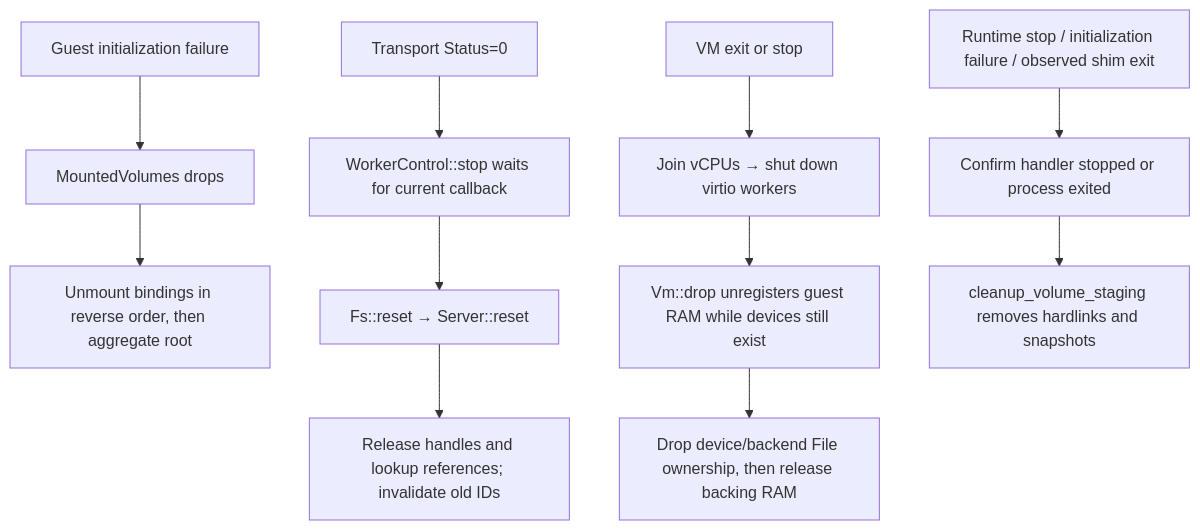
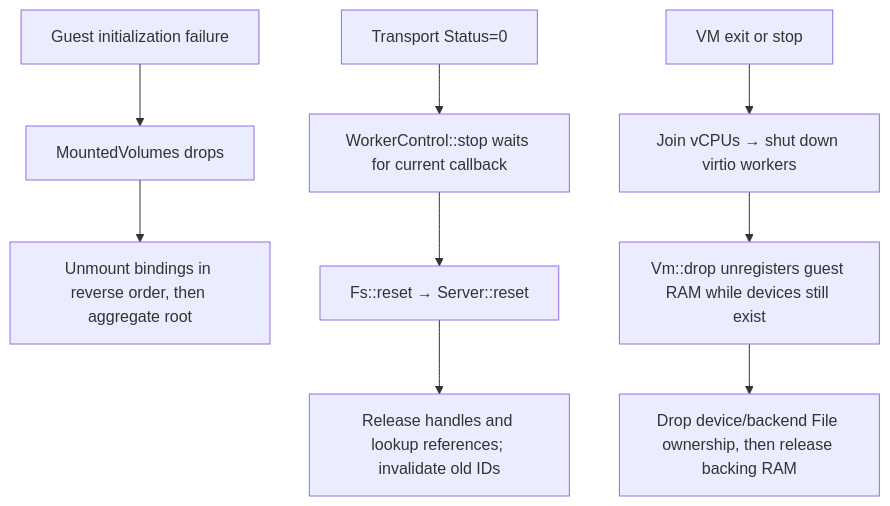
One commit to boxlite-ai/boxlite changed the fourth of 5 diagrams in docs/contributing/architecture/vmm/virtio-fs.md. Above: the diagram before and after it, drawn with Mermaid. The commit also changed other lines of this file and 18 other files, not shown here.

````diff
--- a/docs/contributing/architecture/vmm/virtio-fs.md
+++ b/docs/contributing/architecture/vmm/virtio-fs.md
@@ -201,13 +208,11 @@
 ```mermaid
 flowchart TD
     A["Guest initialization failure"] --> B["MountedVolumes drops"]
     B --> C["Unmount bindings in reverse order, then aggregate root"]
     D["Transport Status=0"] --> E["WorkerControl::stop waits for current callback"]
     E --> F["Fs::reset → Server::reset"]
     F --> G["Release handles and lookup references; invalidate old IDs"]
     H["VM exit or stop"] --> I["Join vCPUs → shut down virtio workers"]
     I --> J["Vm::drop unregisters guest RAM while devices still exist"]
     J --> K["Drop device/backend File ownership, then release backing RAM"]
-    L["Runtime stop / initialization failure / observed shim exit"] --> M["Confirm handler stopped or process exited"]
-    M --> N["cleanup_volume_staging removes hardlinks and snapshots"]
 ```
````
